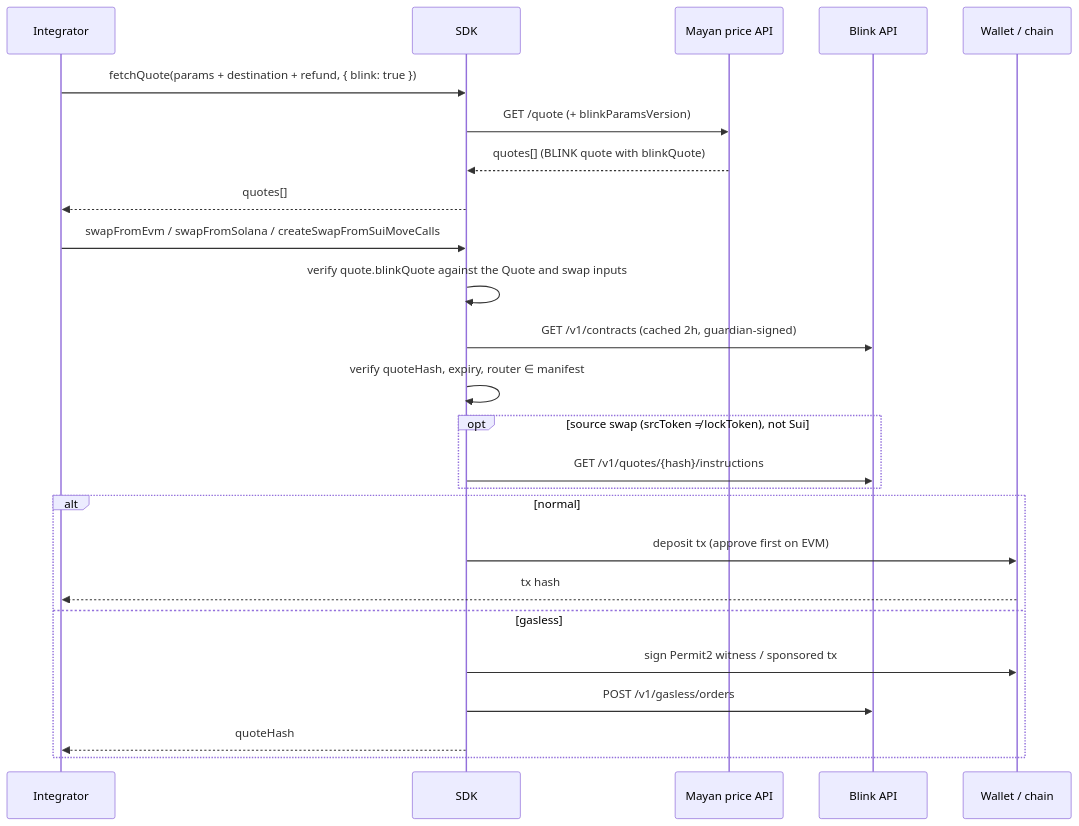
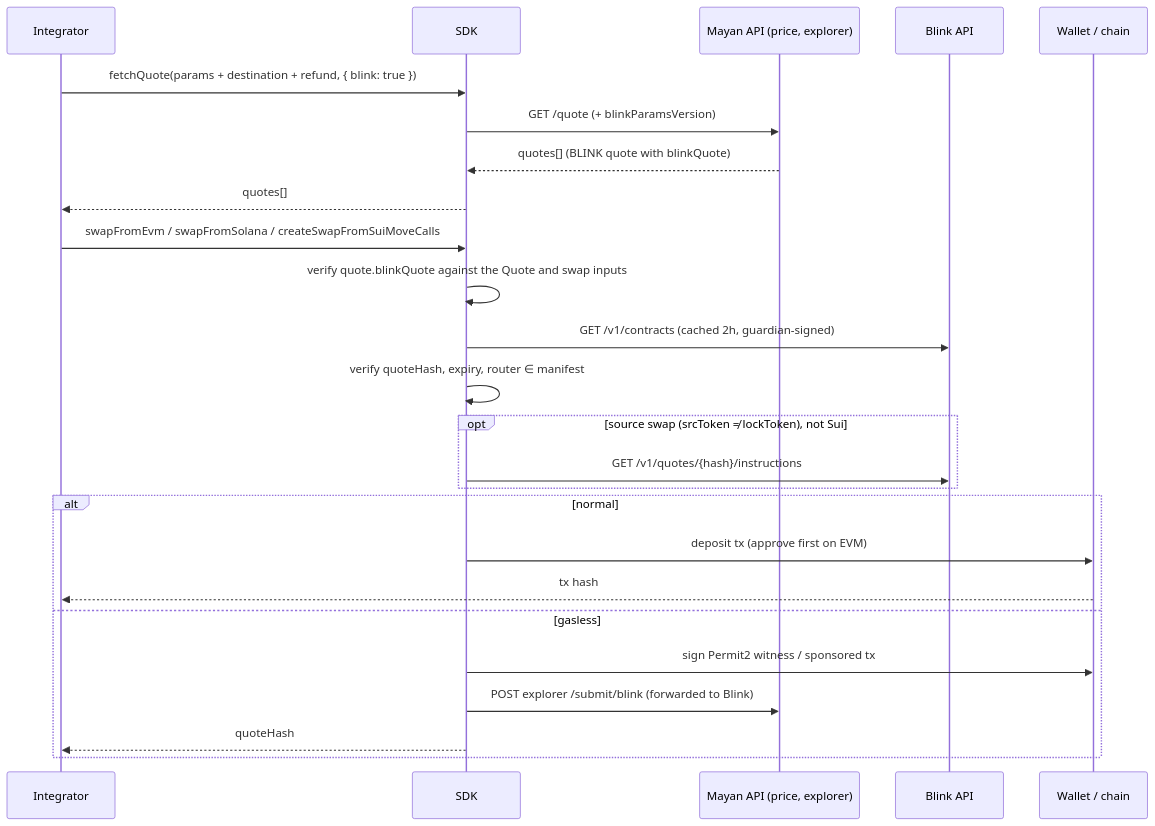
One commit to mayan-finance/swap-sdk changed the second of 3 diagrams in src/blink/blink.md. Above: the diagram before and after it, drawn with Mermaid. The commit also changed other lines of this file and 9 other files, not shown here.

First line of the commit message:
blink: submit gasless orders through the explorer

````diff
--- a/src/blink/blink.md
+++ b/src/blink/blink.md
@@ -113,28 +113,28 @@
 ```mermaid
 sequenceDiagram
     participant I as Integrator
     participant S as SDK
-    participant M as Mayan price API
+    participant M as Mayan API (price, explorer)
     participant B as Blink API
     participant W as Wallet / chain
 
     I->>S: fetchQuote(params + destination + refund, { blink: true })
     S->>M: GET /quote (+ blinkParamsVersion)
     M-->>S: quotes[] (BLINK quote with blinkQuote)
     S-->>I: quotes[]
     I->>S: swapFromEvm / swapFromSolana / createSwapFromSuiMoveCalls
     S->>S: verify quote.blinkQuote against the Quote and swap inputs
     S->>B: GET /v1/contracts (cached 2h, guardian-signed)
     S->>S: verify quoteHash, expiry, router ∈ manifest
     opt source swap (srcToken ≠ lockToken), not Sui
         S->>B: GET /v1/quotes/{hash}/instructions
     end
     alt normal
         S->>W: deposit tx (approve first on EVM)
         W-->>I: tx hash
     else gasless
         S->>W: sign Permit2 witness / sponsored tx
-        S->>B: POST /v1/gasless/orders
+        S->>M: POST explorer /submit/blink (forwarded to Blink)
         S-->>I: quoteHash
     end
 ```
````
